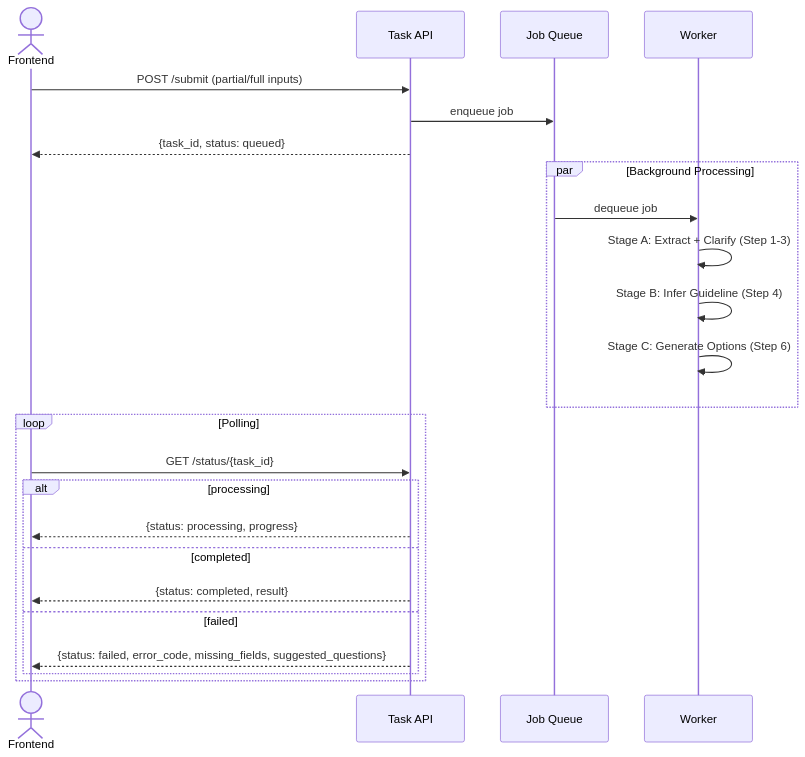
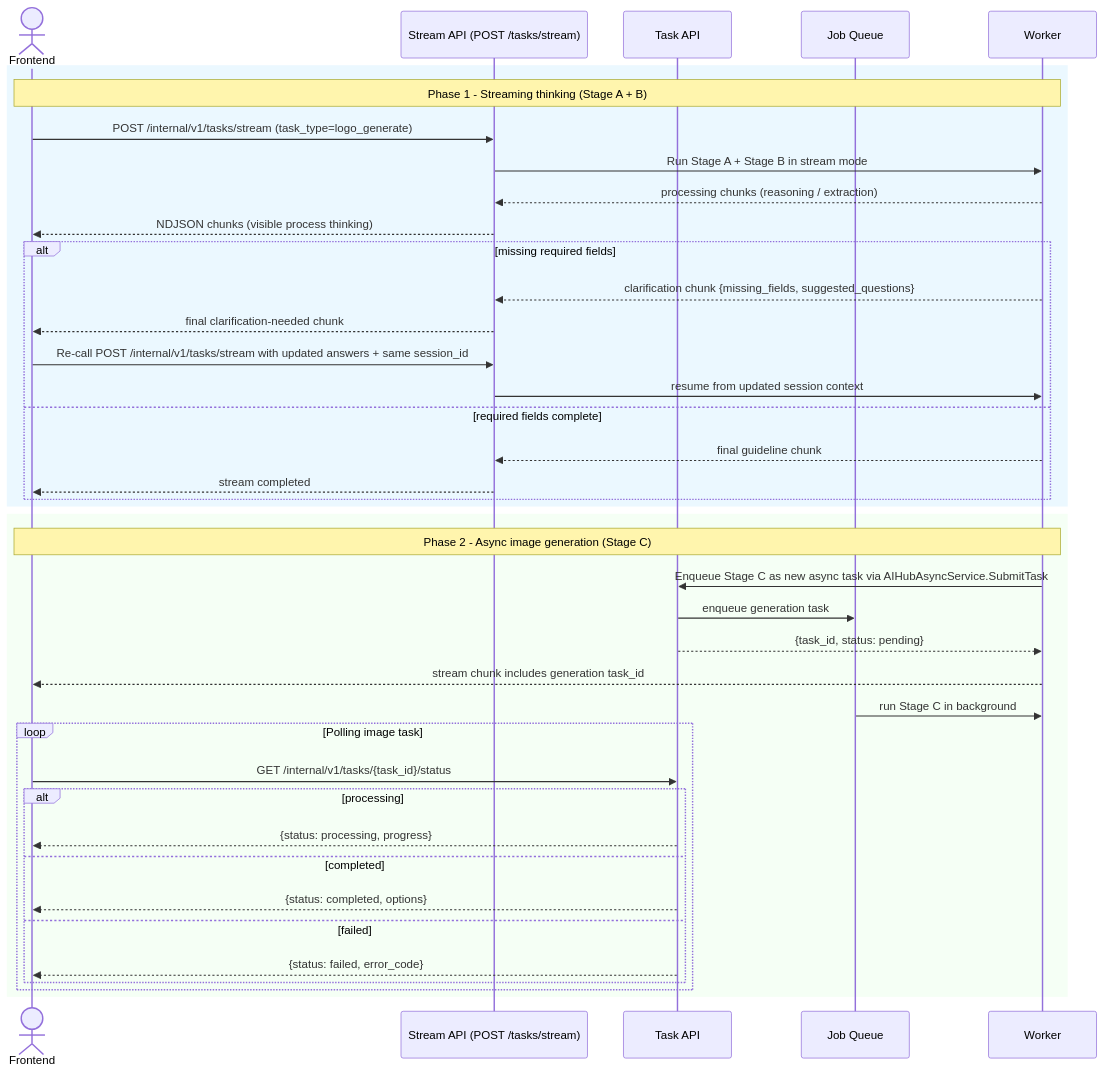
The third of 6 diagrams in tech.md (Ne4nf/Agent-Memory), drawn with Mermaid before and after one commit. The commit also changed other lines of this file, not shown here.

````diff
--- a/tech.md
+++ b/tech.md
@@ -202,29 +239,44 @@
 ```mermaid
 sequenceDiagram
   actor FE as Frontend
+  participant S as Stream API (POST /tasks/stream)
   participant API as Task API
-  participant QUEUE as Job Queue
+  participant Q as Job Queue
   participant WORKER as Worker
 
-  FE->>API: POST /submit (partial/full inputs)
-  API->>QUEUE: enqueue job
-  API-->>FE: {task_id, status: queued}
-    
-  par Background Processing
-    QUEUE->>WORKER: dequeue job
-    WORKER->>WORKER: Stage A: Extract + Clarify (Step 1-3)
-    WORKER->>WORKER: Stage B: Infer Guideline (Step 4)
-    WORKER->>WORKER: Stage C: Generate Options (Step 6)
+  rect rgb(235, 248, 255)
+    Note over FE,WORKER: Phase 1 - Streaming thinking (Stage A + B)
+    FE->>S: POST /internal/v1/tasks/stream (task_type=logo_generate)
+    S->>WORKER: Run Stage A + Stage B in stream mode
+    WORKER-->>S: processing chunks (reasoning / extraction)
+    S-->>FE: NDJSON chunks (visible process thinking)
+    alt missing required fields
+      WORKER-->>S: clarification chunk {missing_fields, suggested_questions}
+      S-->>FE: final clarification-needed chunk
+      FE->>S: Re-call POST /internal/v1/tasks/stream with updated answers + same session_id
+      S->>WORKER: resume from updated session context
+    else required fields complete
+      WORKER-->>S: final guideline chunk
+      S-->>FE: stream completed
+    end
   end
-    
-  loop Polling
-    FE->>API: GET /status/{task_id}
-    alt processing
-      API-->>FE: {status: processing, progress}
-    else completed
-      API-->>FE: {status: completed, result}
-    else failed
-      API-->>FE: {status: failed, error_code, missing_fields, suggested_questions}
+
+  rect rgb(245, 255, 245)
+    Note over FE,WORKER: Phase 2 - Async image generation (Stage C)
+    WORKER->>API: Enqueue Stage C as new async task via AIHubAsyncService.SubmitTask
+    API->>Q: enqueue generation task
+    API-->>WORKER: {task_id, status: pending}
+    WORKER-->>FE: stream chunk includes generation task_id
+    Q->>WORKER: run Stage C in background
+    loop Polling image task
+      FE->>API: GET /internal/v1/tasks/{task_id}/status
+      alt processing
+        API-->>FE: {status: processing, progress}
+      else completed
+        API-->>FE: {status: completed, options}
+      else failed
+        API-->>FE: {status: failed, error_code}
+      end
     end
   end
 ```
````
